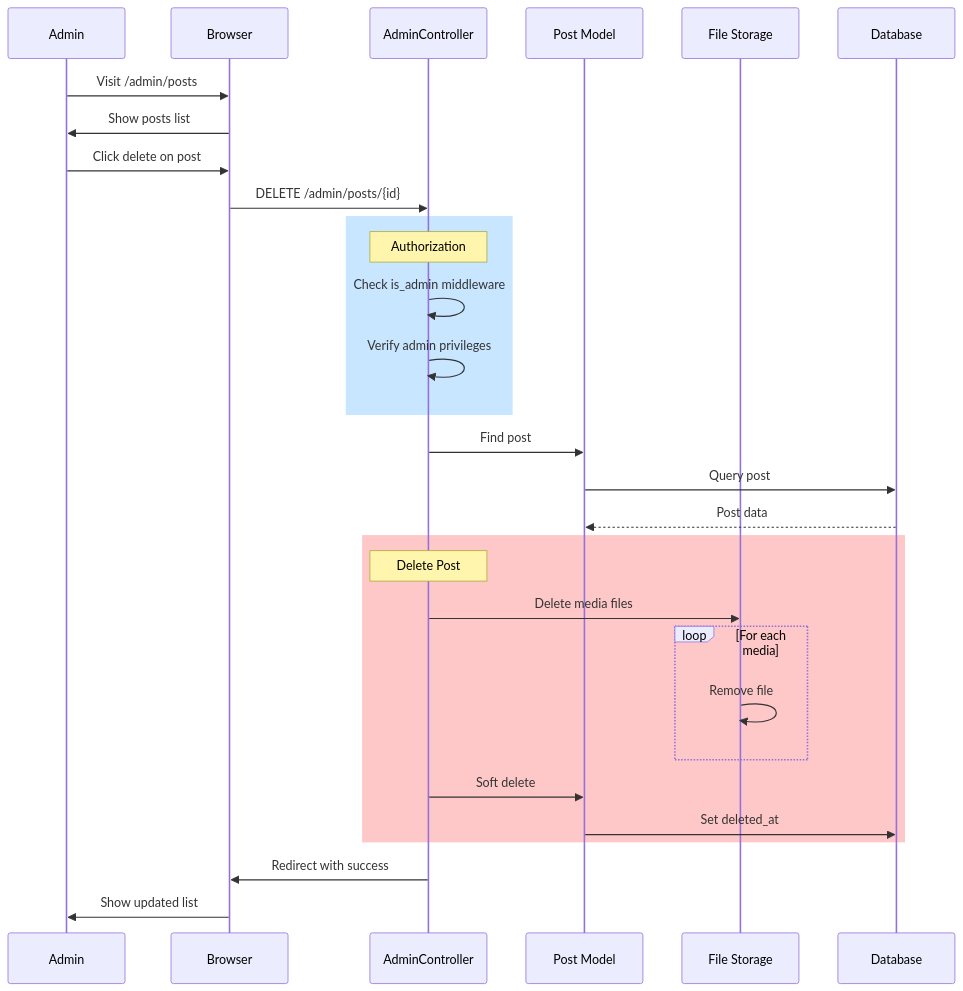
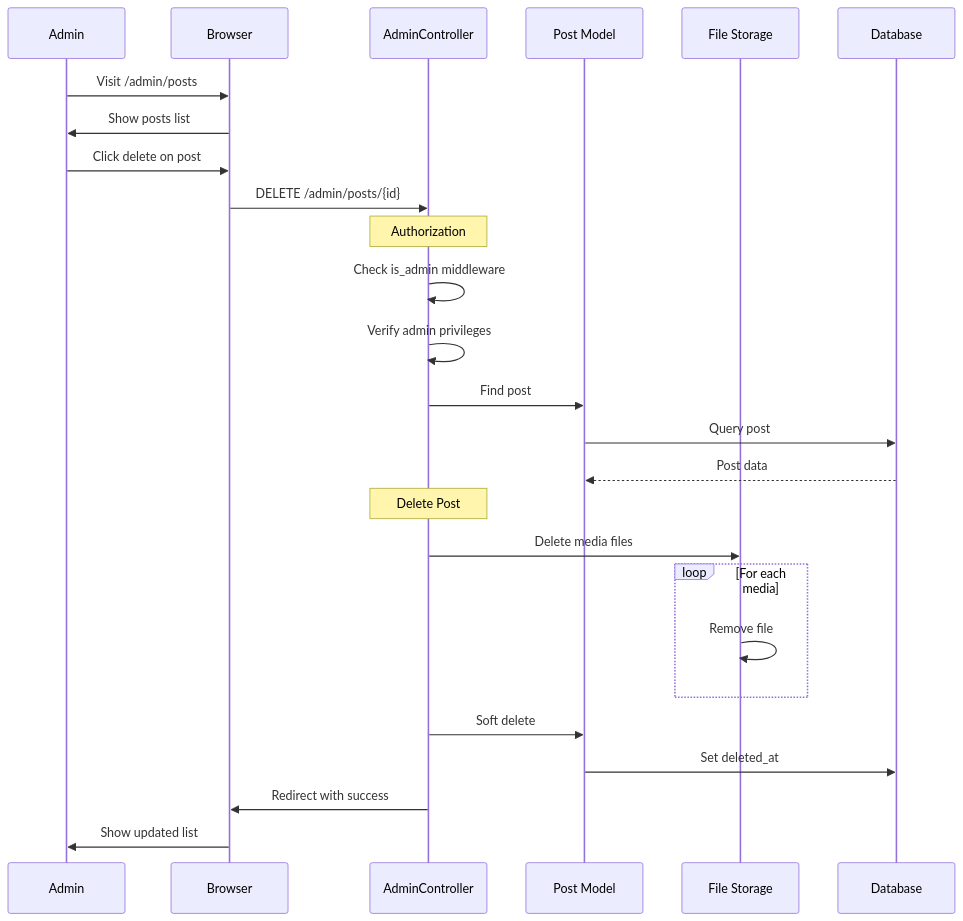
Before and after one commit to vd120/laravel_project: diagram 11 of 28 in UML.md, drawn with Mermaid. The commit also changed other lines of this file, not shown here.

````diff
--- a/UML.md
+++ b/UML.md
@@ -1246,37 +942,33 @@
 ```mermaid
 sequenceDiagram
     participant A as Admin
     participant B as Browser
     participant AC as AdminController
     participant PostM as Post Model
     participant Storage as File Storage
     participant DB as Database
 
     A->>B: Visit /admin/posts
     B->>A: Show posts list
     A->>B: Click delete on post
     B->>AC: DELETE /admin/posts/{id}
 
-    rect rgb(200, 230, 255)
-        Note over AC: Authorization
-        AC->>AC: Check is_admin middleware
-        AC->>AC: Verify admin privileges
-    end
+    Note over AC: Authorization
+    AC->>AC: Check is_admin middleware
+    AC->>AC: Verify admin privileges
 
     AC->>PostM: Find post
     PostM->>DB: Query post
     DB-->>PostM: Post data
 
-    rect rgb(255, 200, 200)
-        Note over AC: Delete Post
-        AC->>Storage: Delete media files
-        loop For each media
-            Storage->>Storage: Remove file
-        end
-        AC->>PostM: Soft delete
-        PostM->>DB: Set deleted_at
+    Note over AC: Delete Post
+    AC->>Storage: Delete media files
+    loop For each media
+        Storage->>Storage: Remove file
     end
+    AC->>PostM: Soft delete
+    PostM->>DB: Set deleted_at
 
     AC->>B: Redirect with success
     B->>A: Show updated list
 ```
````
